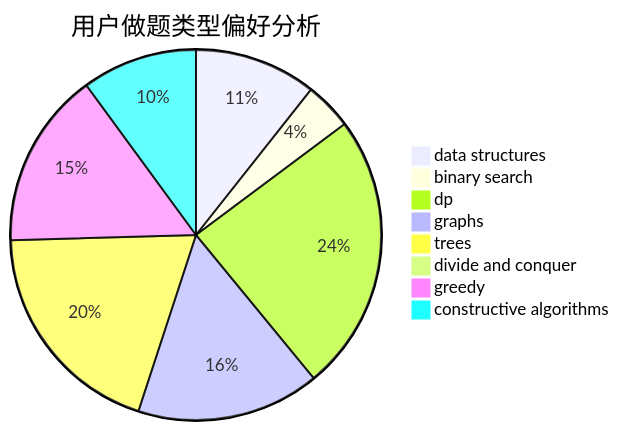
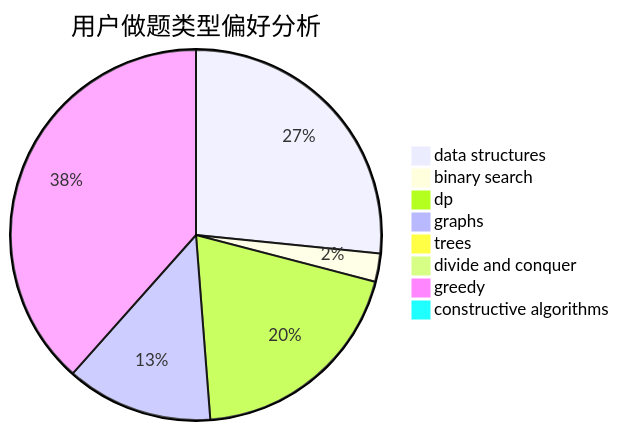
The second of 3 diagrams in docs/user/u1954.md (sherpahu/cfrs.github.io), drawn with Mermaid before and after one commit. The commit also changed other lines of this file and 2770 other files, not shown here.

````diff
--- a/docs/user/u1954.md
+++ b/docs/user/u1954.md
@@ -23,11 +23,11 @@
 ```mermaid
 pie title 用户做题类型偏好分析
-    "data structures" :  18
-    "binary search" :  7
-    "dp" :  41
-    "graphs" :  27
-    "trees" :  33
+    "data structures" :  54
+    "binary search" :  5
+    "dp" :  40
+    "graphs" :  26
+    "trees" :  0
     "divide and conquer" :  0
-    "greedy" :  26
-    "constructive algorithms" :  17
+    "greedy" :  78
+    "constructive algorithms" :  0
 ```
````
